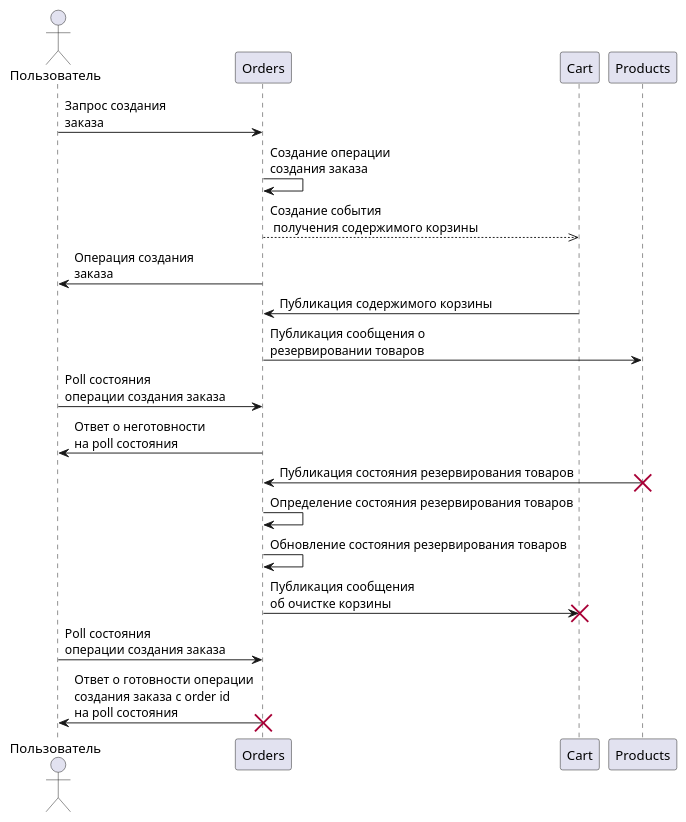
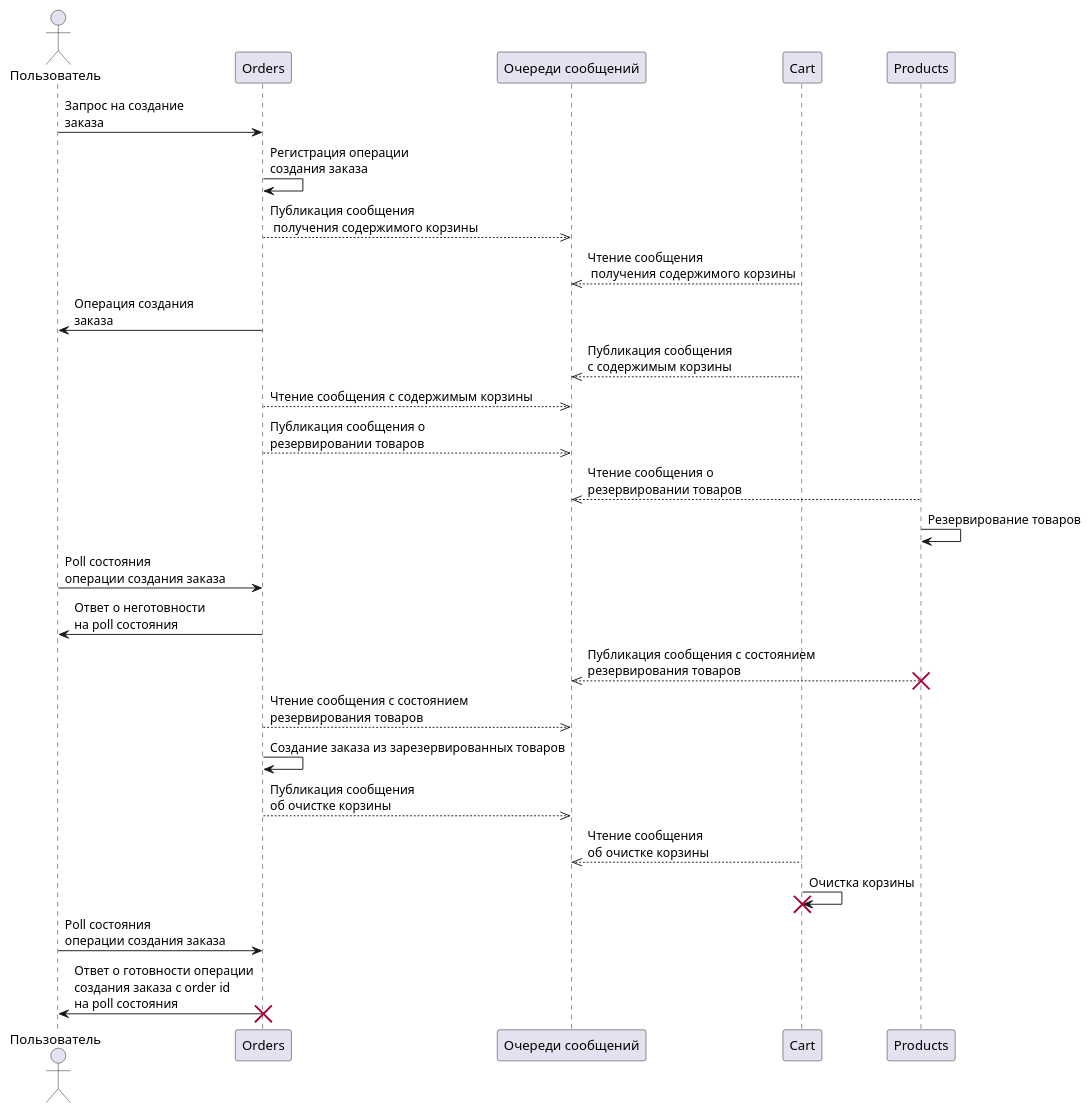
The first of 5 diagrams in app/docs/architecture/Order.md (bratushkadan/diploma), drawn with PlantUML before and after one commit. The commit also changed other lines of this file and 6 other files, not shown here.

````diff
--- a/app/docs/architecture/Order.md
+++ b/app/docs/architecture/Order.md
@@ -13,27 +13,35 @@
 ```plantuml
 @startuml
 actor Пользователь as u
 participant "Orders" as a
+participant "Очереди сообщений" as q
 participant "Cart" as ec
 participant "Products" as e
 
-u->a: Запрос создания \nзаказа
-a->a: Создание операции \nсоздания заказа
-a-->>ec: Создание события\n получения содержимого корзины
+u->a: Запрос на создание \nзаказа
+a->a: Регистрация операции \nсоздания заказа
+a-->>q: Публикация сообщения\n получения содержимого корзины
+ec-->>q: Чтение сообщения\n получения содержимого корзины
 a->u: Операция создания\nзаказа
-ec->a: Публикация содержимого корзины
-a->e: Публикация сообщения о \nрезервировании товаров
+ec-->>q: Публикация сообщения \nс содержимым корзины
+a-->>q: Чтение сообщения с содержимым корзины
+a-->>q: Публикация сообщения о \nрезервировании товаров
+e-->>q: Чтение сообщения о \nрезервировании товаров
+e->e: Резервирование товаров
 u->a: Poll состояния \nоперации создания заказа
 a->u: Ответ о неготовности \nна poll состояния
-e->a: Публикация состояния резервирования товаров
+e-->>q: Публикация сообщения с состоянием\nрезервирования товаров
 destroy e
-a->a: Определение состояния резервирования товаров
-a->a: Обновление состояния резервирования товаров
-a->ec: Публикация сообщения \nоб очистке корзины
+a-->>q: Чтение сообщения с состоянием\nрезервирования товаров
+a->a: Создание заказа из зарезервированных товаров
+a-->>q: Публикация сообщения\nоб очистке корзины
+ec-->>q: Чтение сообщения\nоб очистке корзины
+ec->ec: Очистка корзины
+
 destroy ec
 u->a: Poll состояния \nоперации создания заказа
 a->u: Ответ о готовности операции \nсоздания заказа с order id \nна poll состояния
 destroy a
 
 @enduml
 ```
````
